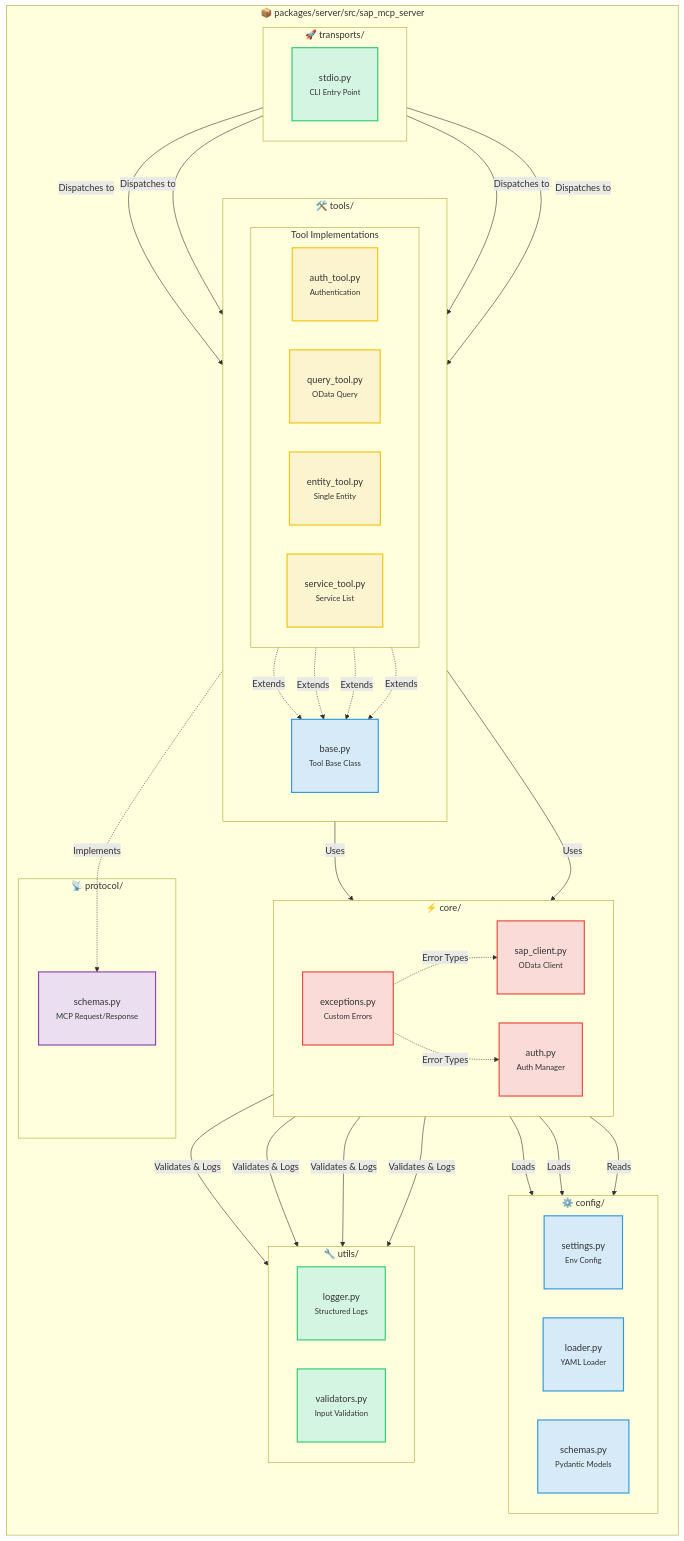
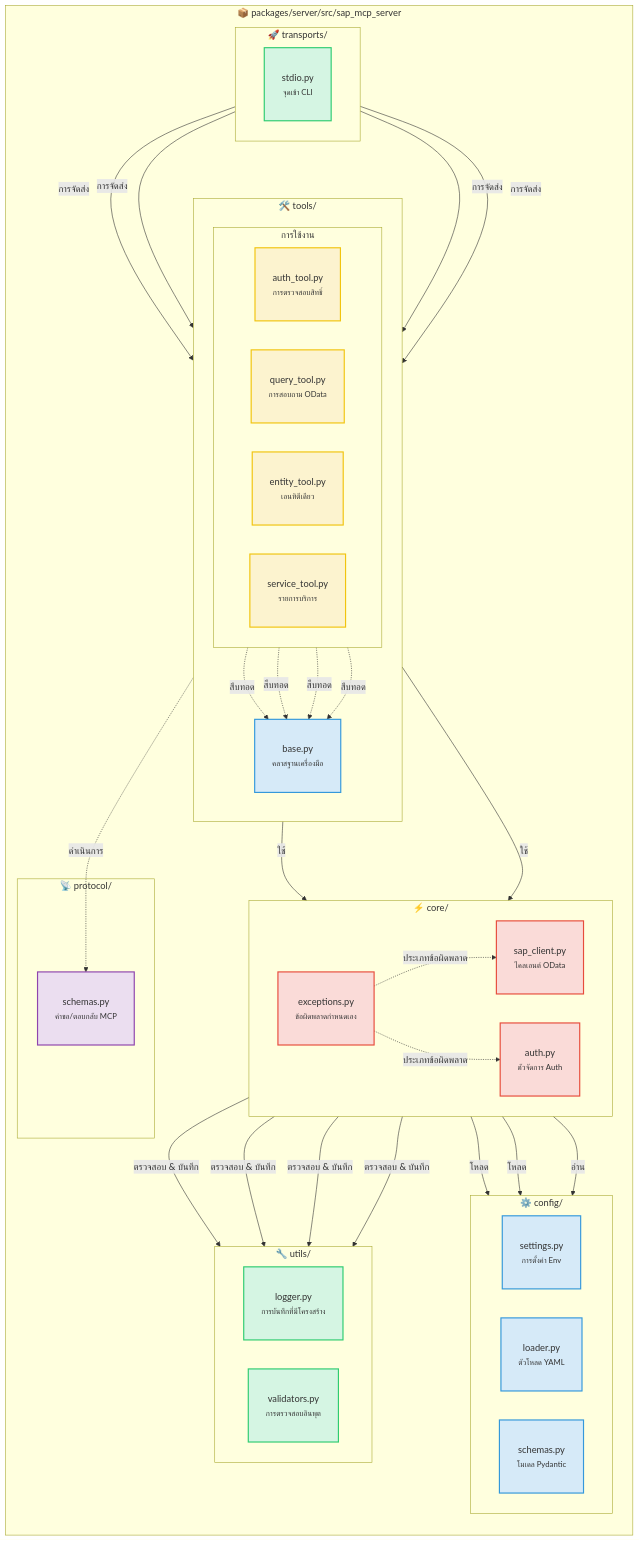
Before and after one commit to midasol/sap-mcp-server: the second of 5 diagrams in README.th.md, drawn with Mermaid. The commit also changed other lines of this file and 7 other files, not shown here.

````diff
--- a/README.th.md
+++ b/README.th.md
@@ -115,74 +194,74 @@
 ```mermaid
 graph TB
     subgraph pkg["📦 packages/server/src/sap_mcp_server"]
         direction TB
 
         subgraph trans["🚀 transports/"]
             direction LR
-            T1["stdio.py<br/><small>CLI Entry Point</small>"]
+            T1["stdio.py<br/><small>จุดเข้า CLI</small>"]
         end
 
         subgraph tools["🛠️ tools/"]
             direction TB
-            TO5["base.py<br/><small>Tool Base Class</small>"]
+            TO5["base.py<br/><small>คลาสฐานเครื่องมือ</small>"]
 
-            subgraph toolImpl["Tool Implementations"]
+            subgraph toolImpl["การใช้งาน"]
                 direction LR
-                TO1["auth_tool.py<br/><small>Authentication</small>"]
-                TO2["query_tool.py<br/><small>OData Query</small>"]
-                TO3["entity_tool.py<br/><small>Single Entity</small>"]
-                TO4["service_tool.py<br/><small>Service List</small>"]
+                TO1["auth_tool.py<br/><small>การตรวจสอบสิทธิ์</small>"]
+                TO2["query_tool.py<br/><small>การสอบถาม OData</small>"]
+                TO3["entity_tool.py<br/><small>เอนทิตีเดียว</small>"]
+                TO4["service_tool.py<br/><small>รายการบริการ</small>"]
             end
         end
 
         subgraph core["⚡ core/"]
             direction LR
-            C1["sap_client.py<br/><small>OData Client</small>"]
-            C2["auth.py<br/><small>Auth Manager</small>"]
-            C3["exceptions.py<br/><small>Custom Errors</small>"]
+            C1["sap_client.py<br/><small>ไคลเอนต์ OData</small>"]
+            C2["auth.py<br/><small>ตัวจัดการ Auth</small>"]
+            C3["exceptions.py<br/><small>ข้อผิดพลาดกำหนดเอง</small>"]
         end
 
         subgraph config["⚙️ config/"]
             direction LR
-            CF1["settings.py<br/><small>Env Config</small>"]
-            CF2["loader.py<br/><small>YAML Loader</small>"]
-            CF3["schemas.py<br/><small>Pydantic Models</small>"]
+            CF1["settings.py<br/><small>การตั้งค่า Env</small>"]
+            CF2["loader.py<br/><small>ตัวโหลด YAML</small>"]
+            CF3["schemas.py<br/><small>โมเดล Pydantic</small>"]
         end
 
         subgraph utils["🔧 utils/"]
             direction LR
-            U1["logger.py<br/><small>Structured Logs</small>"]
-            U2["validators.py<br/><small>Input Validation</small>"]
+            U1["logger.py<br/><small>การบันทึกที่มีโครงสร้าง</small>"]
+            U2["validators.py<br/><small>การตรวจสอบอินพุต</small>"]
         end
 
         subgraph protocol["📡 protocol/"]
-            P1["schemas.py<br/><small>MCP Request/Response</small>"]
+            P1["schemas.py<br/><small>คำขอ/ตอบกลับ MCP</small>"]
         end
     end
 
-    T1 -->|Dispatches to| TO1 & TO2 & TO3 & TO4
-    TO1 & TO2 & TO3 & TO4 -.->|Extends| TO5
-    TO5 -->|Uses| C1 & C2
-    C1 -->|Loads| CF1 & CF2
-    C2 -->|Reads| CF1
-    C1 & C2 -->|Validates & Logs| U1 & U2
-    TO5 -.->|Implements| P1
-    C3 -.->|Error Types| C1 & C2
+    T1 -->|การจัดส่ง| TO1 & TO2 & TO3 & TO4
+    TO1 & TO2 & TO3 & TO4 -.->|สืบทอด| TO5
+    TO5 -->|ใช้| C1 & C2
+    C1 -->|โหลด| CF1 & CF2
+    C2 -->|อ่าน| CF1
+    C1 & C2 -->|ตรวจสอบ & บันทึก| U1 & U2
+    TO5 -.->|ดำเนินการ| P1
+    C3 -.->|ประเภทข้อผิดพลาด| C1 & C2
 
     classDef transportNode fill:#D5F5E3,stroke:#2ECC71,stroke-width:2px,padding:18px
     classDef futureNode fill:#E8E8E8,stroke:#999999,stroke-width:2px,stroke-dasharray:5 5
     classDef toolNode fill:#FCF3CF,stroke:#F1C40F,stroke-width:2px,padding:18px
     classDef baseNode fill:#D6EAF8,stroke:#3498DB,stroke-width:2px,padding:18px
     classDef coreNode fill:#FADBD8,stroke:#E74C3C,stroke-width:2px,padding:18px
     classDef configNode fill:#D6EAF8,stroke:#3498DB,stroke-width:2px,padding:18px
     classDef utilNode fill:#D5F5E3,stroke:#2ECC71,stroke-width:2px,padding:18px
     classDef protocolNode fill:#EBDEF0,stroke:#8E44AD,stroke-width:2px,padding:18px
 
     class T1 transportNode
     class TO1,TO2,TO3,TO4 toolNode
     class TO5 baseNode
     class C1,C2,C3 coreNode
     class CF1,CF2,CF3 configNode
     class U1,U2 utilNode
     class P1 protocolNode
 ```
````
